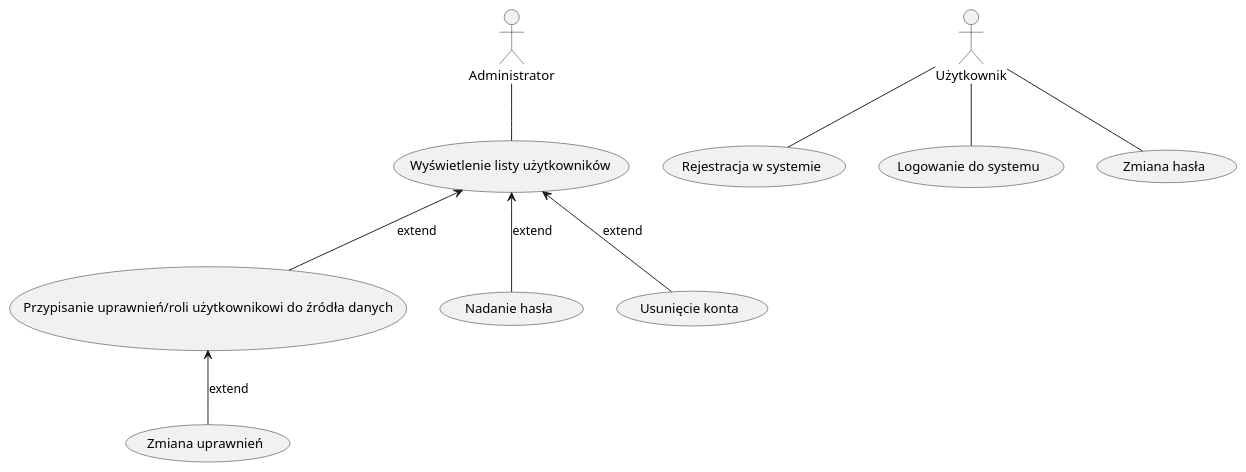
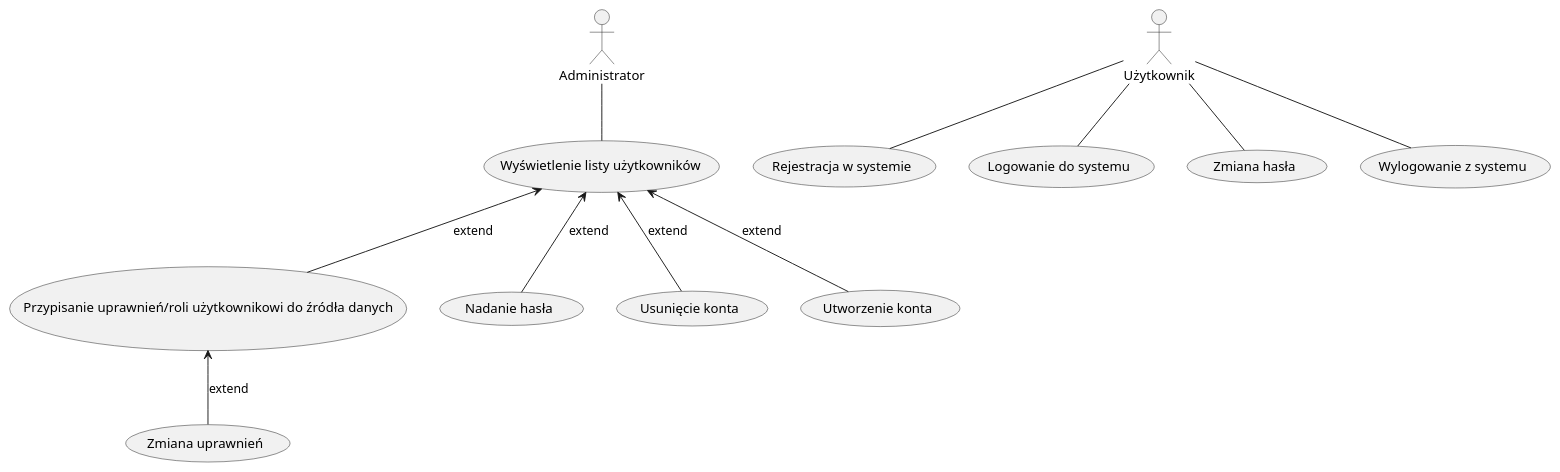
Before and after one commit to falkowp/IWO25L: the diagram in dokumentacja/specyfikacja.wymagan/4.wymagania.uzytkownika/4.1.wymagania.funkcjonalne/PU0001.puml, drawn with PlantUML. The commit also changed 79 other files, not shown here.

```diff
--- a/dokumentacja/specyfikacja.wymagan/4.wymagania.uzytkownika/4.1.wymagania.funkcjonalne/PU0001.puml
+++ b/dokumentacja/specyfikacja.wymagan/4.wymagania.uzytkownika/4.1.wymagania.funkcjonalne/PU0001.puml
@@ -1,25 +1,29 @@
 @startuml Zarządzanie użytkownikami i dostępem
 
 actor "Administrator" as Admin
 actor "Użytkownik" as User
 
 usecase "Wyświetlenie listy użytkowników" as UC1
 usecase "Przypisanie uprawnień/roli użytkownikowi do źródła danych" as UC2
 usecase "Zmiana uprawnień" as UC3
 usecase "Rejestracja w systemie" as UC4
 usecase "Logowanie do systemu" as UC5
 usecase "Nadanie hasła" as UC6
 usecase "Zmiana hasła" as UC7
 usecase "Usunięcie konta" as UC8
+usecase "Utworzenie konta" as UC9
+usecase "Wylogowanie z systemu" as UC10
 
 Admin -- UC1
 UC1 <-- UC6 : extend
 UC1 <-- UC2 : extend
 UC2 <-- UC3 : extend
 UC1 <-- UC8 : extend
+UC1 <-- UC9 : extend
 
 User -- UC4
 User -- UC5
-User -- UC7  
+User -- UC7
+User -- UC10   
 
 @enduml
```
